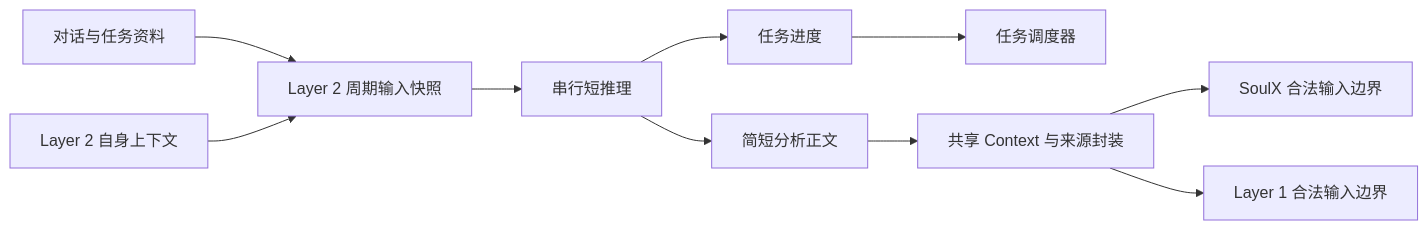
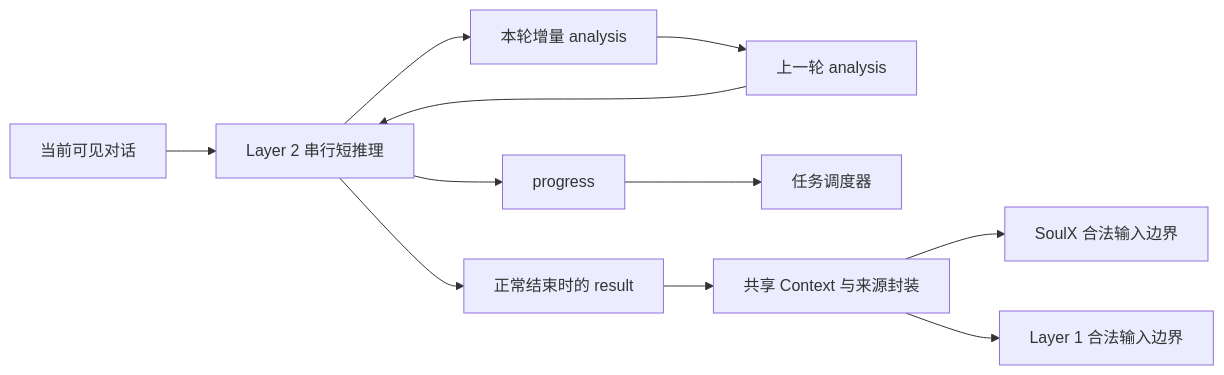
The diagram in docs/dev/layer2/protocol.md (Vitalrubbish/InterClarify), drawn with Mermaid before and after one commit. The commit also changed other lines of this file and 11 other files, not shown here.

Commit message:
docs: separate incremental analysis from final Layer 2 results

````diff
--- a/docs/dev/layer2/protocol.md
+++ b/docs/dev/layer2/protocol.md
@@ -15,12 +15,13 @@
 ```mermaid
 flowchart LR
-    D[对话与任务资料] --> I[Layer 2 周期输入快照]
-    P[Layer 2 自身上下文] --> I
-    I --> L[串行短推理]
-    L --> A[简短分析正文]
-    L --> Q[任务进度]
+    D[当前可见对话] --> L[Layer 2 串行短推理]
+    P[上一轮 analysis] --> L
+    L --> A[本轮增量 analysis]
+    A --> P
+    L --> Q[progress]
     Q --> S[任务调度器]
-    A --> C[共享 Context 与来源封装]
+    L --> R[正常结束时的 result]
+    R --> C[共享 Context 与来源封装]
     C --> X[SoulX 合法输入边界]
     C --> E[Layer 1 合法输入边界]
 ```
````
